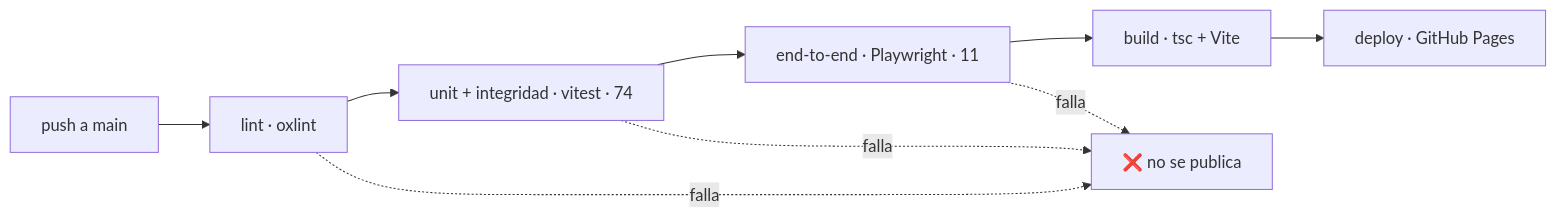
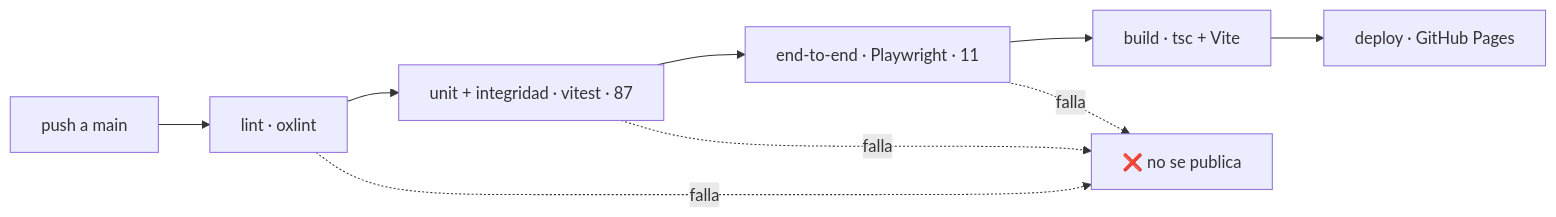
Before and after one commit to luzzaragoza/cuanto-me-falta: the diagram in docs/06-calidad.md, drawn with Mermaid. The commit also changed other lines of this file and 7 other files, not shown here.

````diff
--- a/docs/06-calidad.md
+++ b/docs/06-calidad.md
@@ -61,12 +62,12 @@
 ```mermaid
 %% svg:pipeline
 flowchart LR
     P["push a main"] --> L["lint · oxlint"]
-    L --> U["unit + integridad · vitest · 74"]
+    L --> U["unit + integridad · vitest · 87"]
     U --> E["end-to-end · Playwright · 11"]
     E --> B["build · tsc + Vite"]
     B --> D["deploy · GitHub Pages"]
     L -. falla .-> X["❌ no se publica"]
     U -. falla .-> X
     E -. falla .-> X
 ```
````
